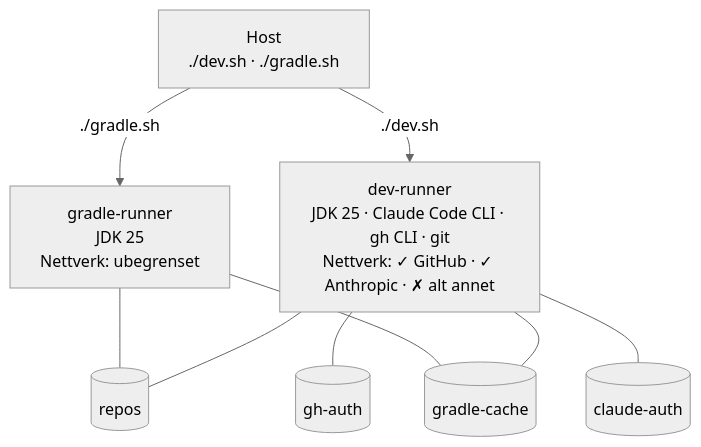
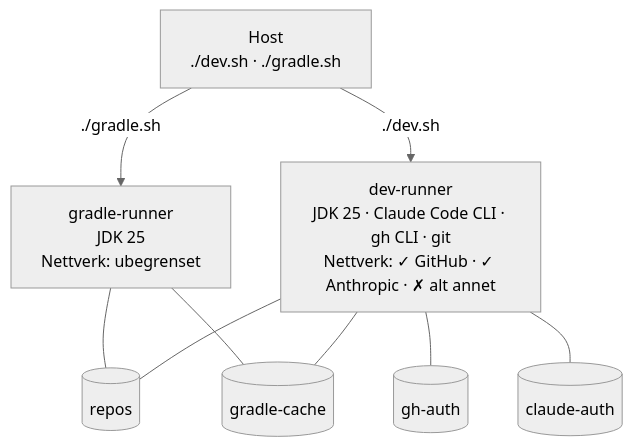
Before and after one commit to bekk/agentic-ai-tools: the diagram in alpine25-gradle-claude/README.md, drawn with Mermaid (neutral theme). The commit also changed other lines of this file, not shown here.

````diff
--- a/alpine25-gradle-claude/README.md
+++ b/alpine25-gradle-claude/README.md
@@ -70,14 +69,14 @@
 ```mermaid
 graph TD
     host["Host<br/>./dev.sh · ./gradle.sh"]
 
     host -->|"./dev.sh"| dev["dev-runner<br/>JDK 25 · Claude Code CLI · gh CLI · git<br/>Nettverk: ✓ GitHub · ✓ Anthropic · ✗ alt annet"]
     host -->|"./gradle.sh"| gradle["gradle-runner<br/>JDK 25<br/>Nettverk: ubegrenset"]
 
+    gradle --- repos
+    gradle --- gcache
     dev --- repos[("repos")]
     dev --- gcache[("gradle-cache")]
     dev --- ghauth[("gh-auth")]
     dev --- clauth[("claude-auth")]
-    gradle --- repos
-    gradle --- gcache
 ```
````
